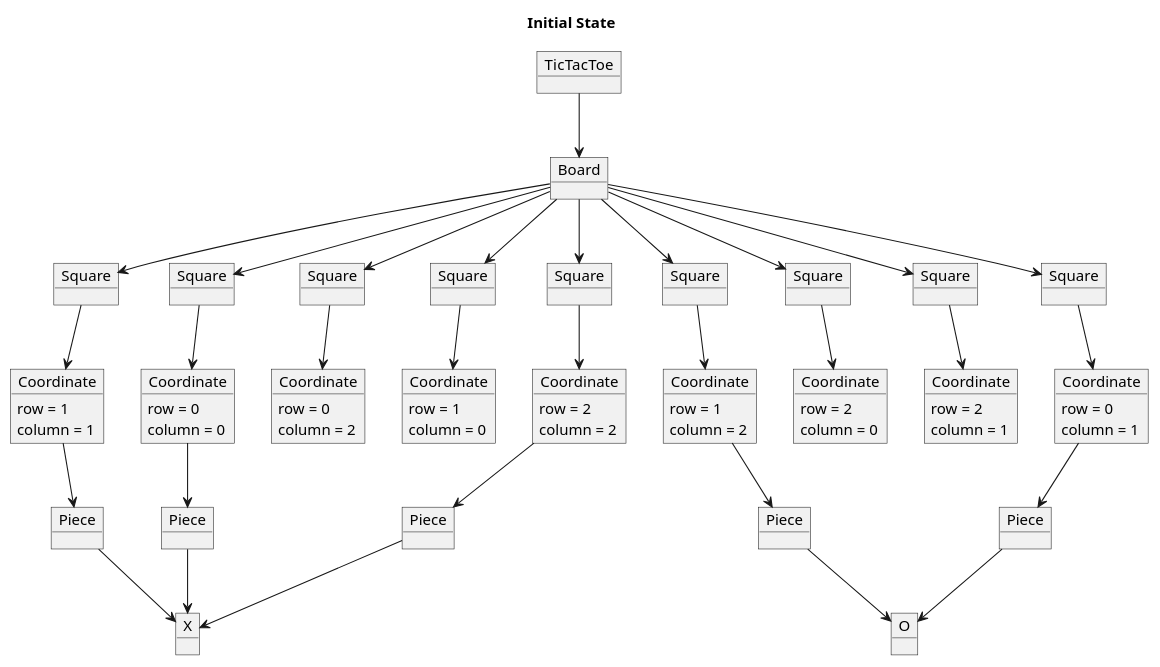
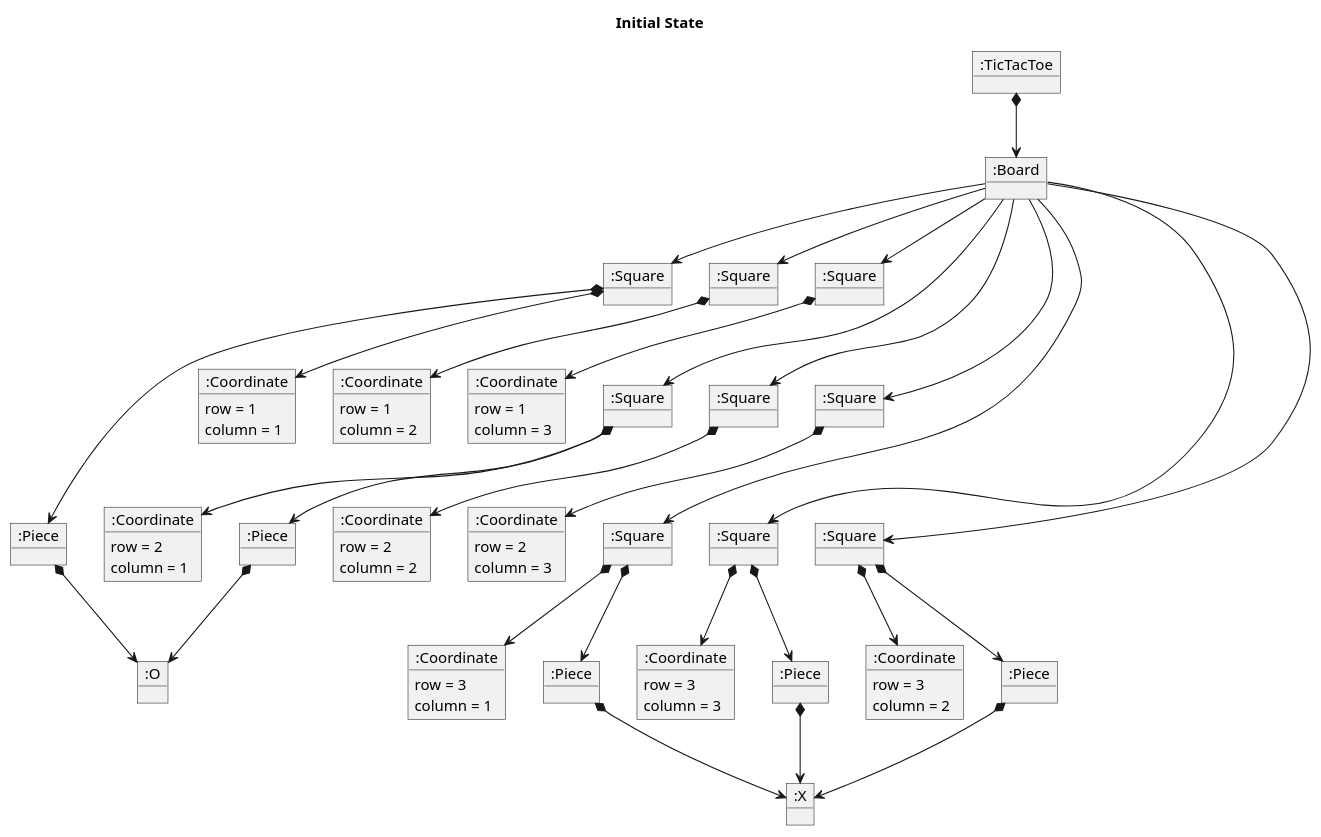
Before and after one commit to franpaulinoinfante/MasterSoftwareDevelopment: the diagram in src/TicTacToe/TicTacToeFinalState.plantuml, drawn with PlantUML. The commit also changed 2 other files, not shown here.

```diff
--- a/src/TicTacToe/TicTacToeFinalState.plantuml
+++ b/src/TicTacToe/TicTacToeFinalState.plantuml
@@ -1,102 +1,125 @@
 @startuml InitialState
  title Initial State
 
- object TicTacToe
- object Board
- object X
- object O
+together {
+    object ":Square" as Square11
+    object ":Square" as Square12
+    object ":Square" as Square13
 
- TicTacToe --> Board
+    object ":Square" as Square21
+    object ":Square" as Square22
+    object ":Square" as Square23
 
- object "Square" as o1
- object "Square" as o2
- object "Square" as o3
- object "Square" as o4
- object "Square" as o5
- object "Square" as o6
- object "Square" as o7
- object "Square" as o8
- object "Square" as o9
+    object ":Square" as Square31
+    object ":Square" as Square32
+    object ":Square" as Square33
 
- object "Coordinate" as c1 {
-    row = 0
-    column = 0
- }
- object "Coordinate" as c2{
-    row = 0
-    column = 1
-    
- }
- object "Coordinate" as c3{
-    row = 0
-    column = 2
- }
- object "Coordinate" as c4{
-    row = 1
-    column = 0
- }
- object "Coordinate" as c5{
+}
+
+object ":Coordinate" as Coordinate11 {
     row = 1
     column = 1
- }
- object "Coordinate" as c6{
+}
+object ":Coordinate" as Coordinate12 {
     row = 1
     column = 2
- }
- object "Coordinate" as c7{
-    row = 2
-    column = 0
- }
- object "Coordinate" as c8{
+}
+object ":Coordinate" as Coordinate13 {
+    row = 1
+    column = 3
+}
+
+object ":Coordinate" as Coordinate21 {
     row = 2
     column = 1
- }
- object "Coordinate" as c9{
+}
+object ":Coordinate" as Coordinate22 {
     row = 2
     column = 2
- }
+}
+object ":Coordinate" as Coordinate23 {
+    row = 2
+    column = 3
+}
 
-Board --> o1
-Board --> o2
-Board --> o3
-Board --> o4
-Board --> o5
-Board --> o6
-Board --> o7
-Board --> o8
-Board --> o9
+object ":Coordinate" as Coordinate31 {
+    row = 3
+    column = 1
+}
+object ":Coordinate" as Coordinate32 {
+    row = 3
+    column = 2
+}
+object ":Coordinate" as Coordinate33 {
+    row = 3
+    column = 3
+}
 
-o1 --> c1
-o2 --> c2
-o3 --> c3
-o4 --> c4
-o5 --> c5
-o6 --> c6
-o7 --> c7
-o8 --> c8
-o9 --> c9
+object ":TicTacToe" as TicTacToe
+object ":Board" as Board
+
+TicTacToe *-down-> Board
+
+object ":Piece" as Piece1
+object ":Piece" as Piece2
+object ":Piece" as Piece3
+
+object ":X" as X
+
+Piece1 *-down-> X
+Piece2 *-down-> X
+Piece3 *-down-> X
+
+object ":Piece" as Piece1b
+object ":Piece" as Piece2b
+
+object ":O" as O
+
+Piece1b *-down-> O
+Piece2b *-down-> O
 
 
- object "Piece" as p1
- object "Piece" as p2
- object "Piece" as p3
- object "Piece" as p4
- object "Piece" as p5
+Board -->  Square11
+Board -->  Square12
+Board -->  Square13
+Board -->  Square21
+Board -->  Square22
+Board -->  Square23
+Board -->  Square31
+Board -->  Square32
+Board -->  Square33
 
- p1 --> X
- p2 --> X
- p3 --> X
- p4 --> O
- p5 --> O
+Square11 *-down-> Coordinate11
+Square12 *-down-> Coordinate12
+Square13 *-down-> Coordinate13
+Square21 *-down-> Coordinate21
+Square22 *-down-> Coordinate22
+Square23 *-down-> Coordinate23
+Square31 *-down-> Coordinate31
+Square32 *-down-> Coordinate32
+Square33 *-down-> Coordinate33
 
-c1 --> p1
-c2 --> p4
+Square11 -[hidden]right-> Square12
+Square12 -[hidden]right-> Square13
+Square21 -[hidden]right-> Square22
+Square22 -[hidden]right-> Square23
+Square31 -[hidden]right-> Square32
+Square32 -[hidden]right-> Square33
 
-c5 --> p2
-c6 --> p5
+Square11 -[hidden]down-> Square21
+Square12 -[hidden]down-> Square22
+Square13 -[hidden]down-> Square23
 
-c9 --> p3
+Square21 -[hidden]down-> Square31
+Square22 -[hidden]down-> Square32
+Square23 -[hidden]down-> Square33
 
+Square31 *-down-> Piece1
+Square32 *-down-> Piece2
+Square33 *-down-> Piece3
+
+Square11 *-down-> Piece1b
+Square21 *-down-> Piece2b
 
 
 @enduml
```
